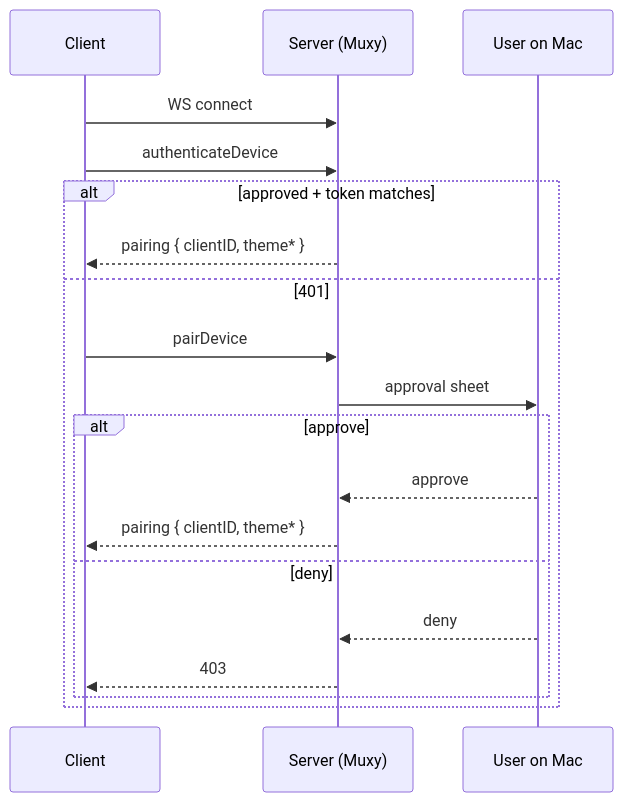
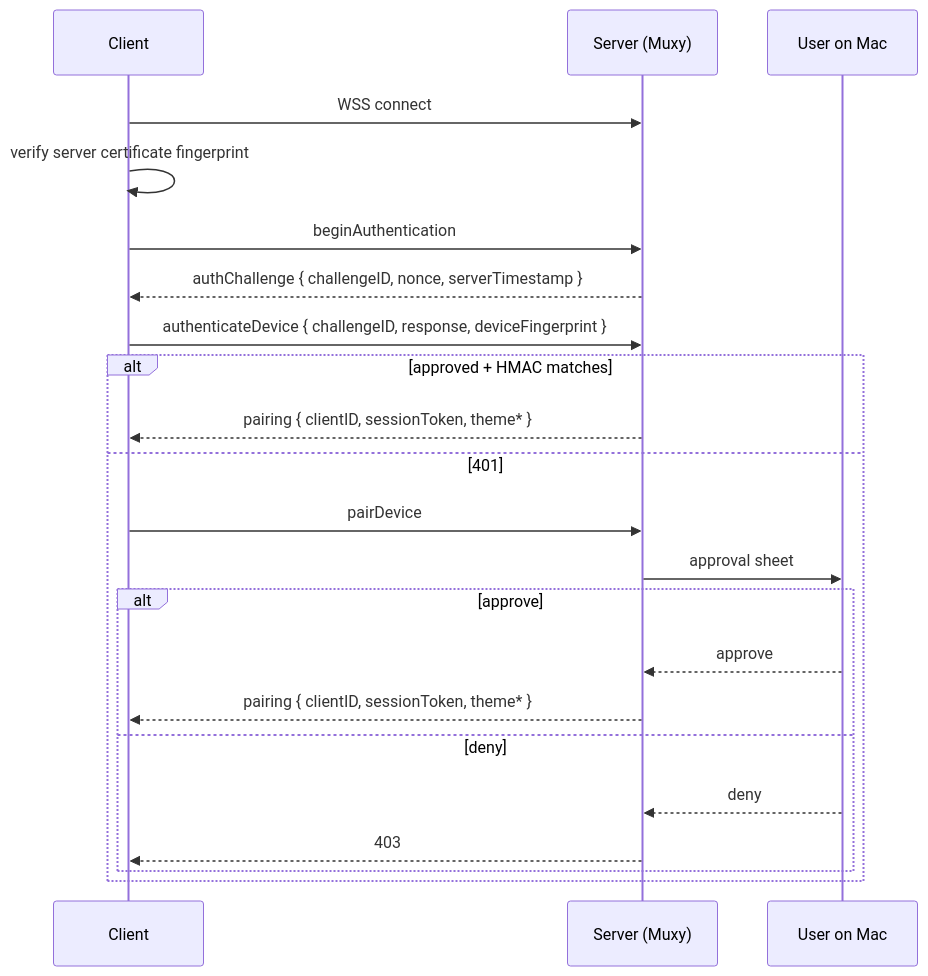
Before and after one commit to laywens/muxy: the diagram in docs/remote-server/pairing.md, drawn with Mermaid. The commit also changed other lines of this file and 24 other files, not shown here.

````diff
--- a/docs/remote-server/pairing.md
+++ b/docs/remote-server/pairing.md
@@ -21,22 +23,25 @@
 ```mermaid
 sequenceDiagram
   participant C as Client
   participant S as Server (Muxy)
   participant U as User on Mac
 
-  C->>S: WS connect
-  C->>S: authenticateDevice
-  alt approved + token matches
-    S-->>C: pairing { clientID, theme* }
+  C->>S: WSS connect
+  C->>C: verify server certificate fingerprint
+  C->>S: beginAuthentication
+  S-->>C: authChallenge { challengeID, nonce, serverTimestamp }
+  C->>S: authenticateDevice { challengeID, response, deviceFingerprint }
+  alt approved + HMAC matches
+    S-->>C: pairing { clientID, sessionToken, theme* }
   else 401
     C->>S: pairDevice
     S->>U: approval sheet
     alt approve
       U-->>S: approve
-      S-->>C: pairing { clientID, theme* }
+      S-->>C: pairing { clientID, sessionToken, theme* }
     else deny
       U-->>S: deny
       S-->>C: 403
     end
   end
 ```
````
